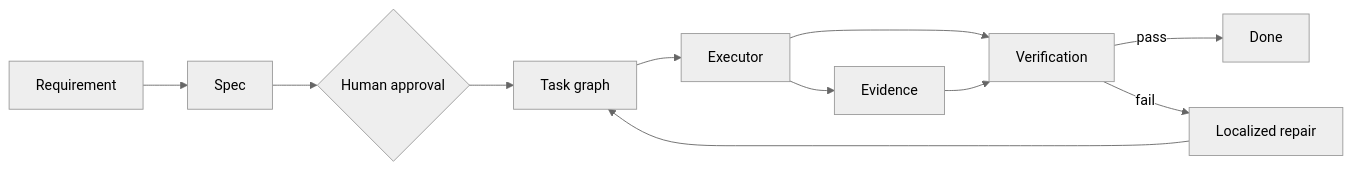
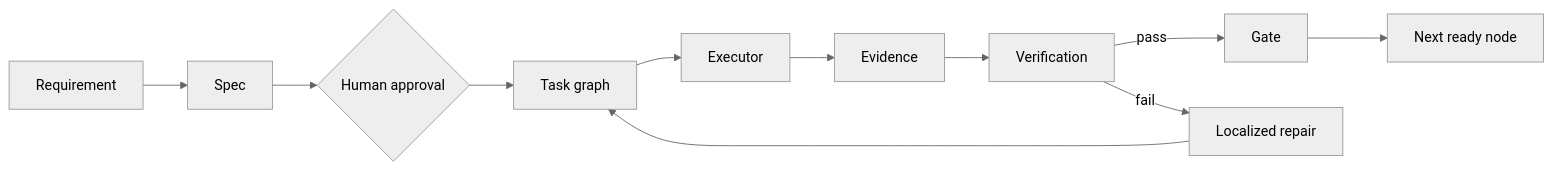
Before and after one commit to BernydotJar/Graph-harness-sdlc: the diagram in README.md, drawn with Mermaid (neutral theme). The commit also changed other lines of this file and 29 other files, not shown here.

Commit message:
docs: establish canonical multilingual Graph Harness documentation

````diff
--- a/README.md
+++ b/README.md
@@ -15,13 +85,13 @@
 ```mermaid
 flowchart LR
   R[Requirement] --> S[Spec]
   S --> A{Human approval}
   A --> T[Task graph]
   T --> E[Executor]
-  E --> V[Verification]
-  V -->|pass| D[Done]
+  E --> X[Evidence]
+  X --> V[Verification]
+  V -->|pass| G[Gate]
   V -->|fail| F[Localized repair]
   F --> T
-  E --> X[Evidence]
-  X --> V
+  G --> N[Next ready node]
 ```
````
